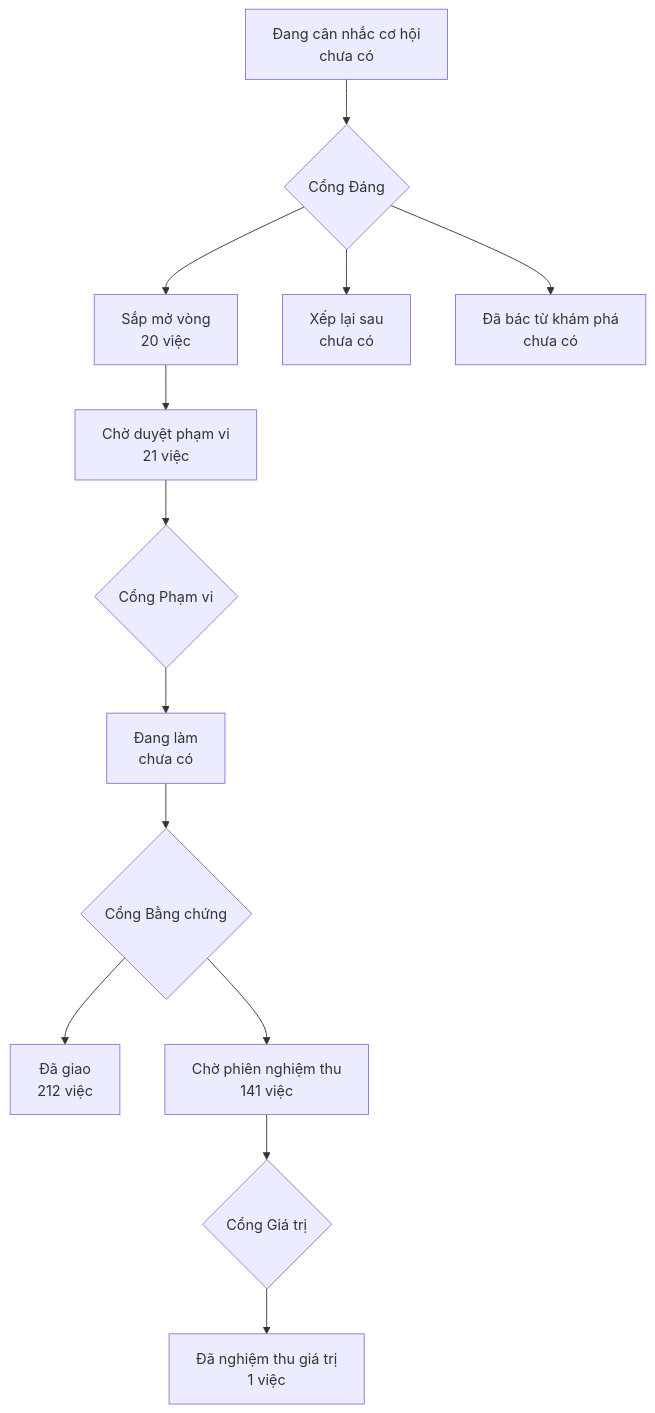
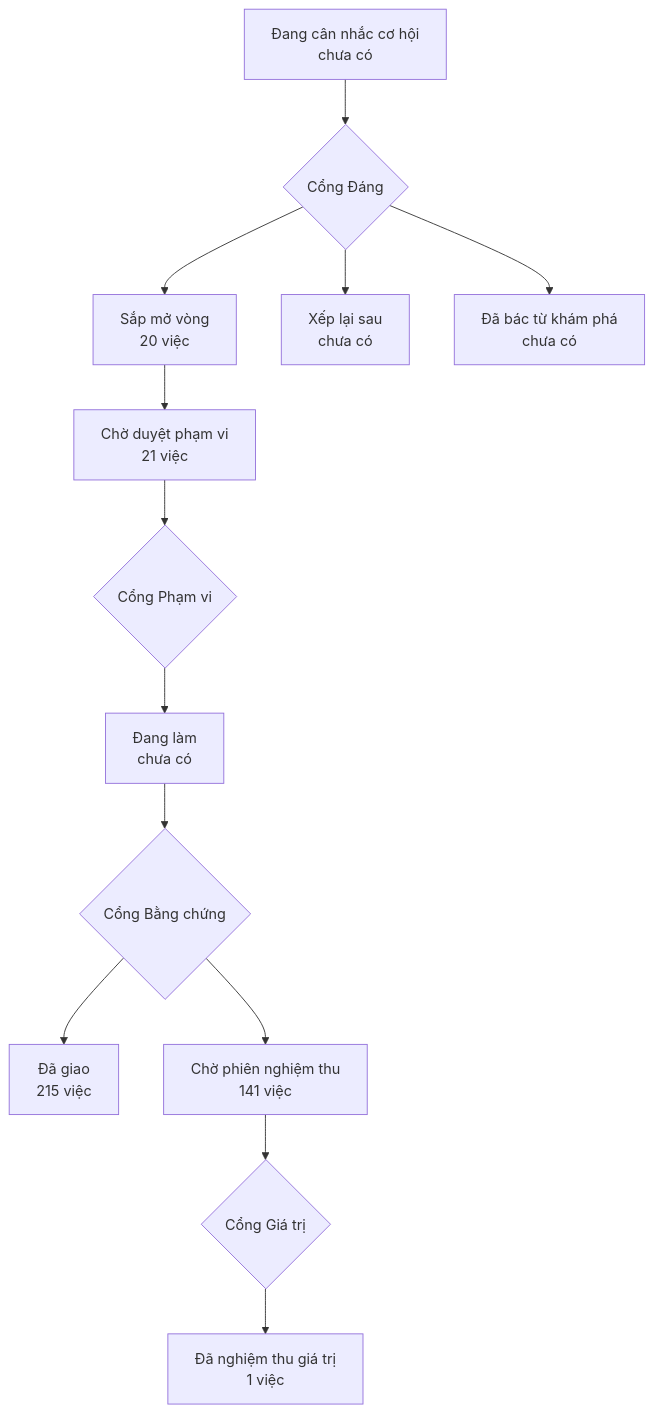
One commit to phanlemanh/onehub-invest changed the diagram in PRODUCT-MAP.md. Above: the diagram before and after it, drawn with Mermaid. The commit also changed other lines of this file and 1 other file, not shown here.

````diff
--- a/PRODUCT-MAP.md
+++ b/PRODUCT-MAP.md
@@ -7,12 +7,12 @@
 ```mermaid
 flowchart TD
   A["Đang cân nhắc cơ hội<br/>chưa có"] --> GD{"Cổng Đáng"}
   GD --> B["Sắp mở vòng<br/>20 việc"]
   GD --> XL["Xếp lại sau<br/>chưa có"]
   GD --> DB["Đã bác từ khám phá<br/>chưa có"]
   B --> CD["Chờ duyệt phạm vi<br/>21 việc"] --> GP{"Cổng Phạm vi"}
   GP --> DL["Đang làm<br/>chưa có"] --> GB{"Cổng Bằng chứng"}
-  GB --> DG["Đã giao<br/>212 việc"]
+  GB --> DG["Đã giao<br/>215 việc"]
   GB --> CN["Chờ phiên nghiệm thu<br/>141 việc"] --> GG{"Cổng Giá trị"}
   GG --> NT["Đã nghiệm thu giá trị<br/>1 việc"]
 ```
````
